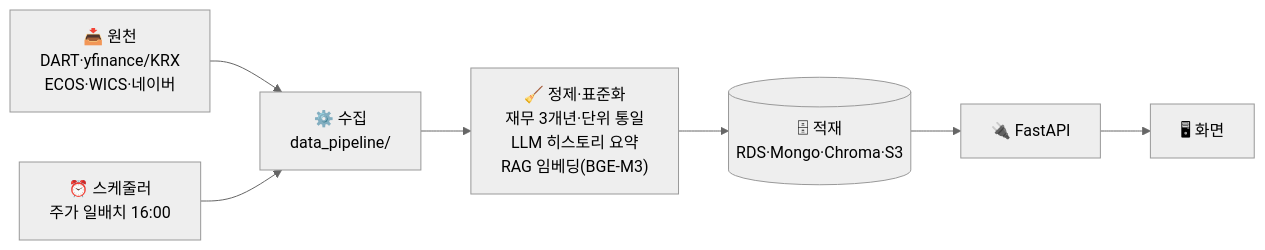
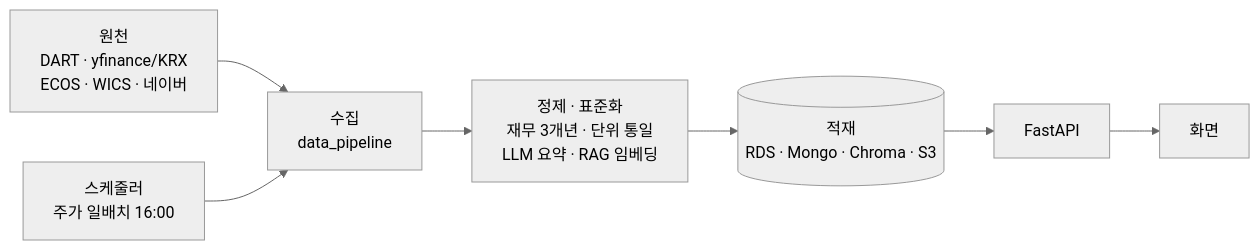
Before and after one commit to blackhole-24/FILMN9: the second of 2 diagrams in README.md, drawn with Mermaid (neutral theme). The commit also changed other lines of this file, not shown here.

First line of the commit message:
@ docs: README mermaid 다이어그램 단순화 (렌더 안정화)

````diff
--- a/README.md
+++ b/README.md
@@ -74,8 +74,8 @@
 ```mermaid
 flowchart LR
-    A["📥 원천<br/>DART·yfinance/KRX<br/>ECOS·WICS·네이버"] --> B["⚙️ 수집<br/>data_pipeline/"]
-    B --> C["🧹 정제·표준화<br/>재무 3개년·단위 통일<br/>LLM 히스토리 요약<br/>RAG 임베딩(BGE-M3)"]
-    C --> D[("🗄 적재<br/>RDS·Mongo·Chroma·S3")]
-    D --> E["🔌 FastAPI"] --> F["🖥 화면"]
-    S["⏰ 스케줄러<br/>주가 일배치 16:00"] --> B
+    A["원천<br/>DART · yfinance/KRX<br/>ECOS · WICS · 네이버"] --> B["수집<br/>data_pipeline"]
+    B --> C["정제 · 표준화<br/>재무 3개년 · 단위 통일<br/>LLM 요약 · RAG 임베딩"]
+    C --> D[("적재<br/>RDS · Mongo · Chroma · S3")]
+    D --> E["FastAPI"] --> F["화면"]
+    S["스케줄러<br/>주가 일배치 16:00"] --> B
 ```
````
